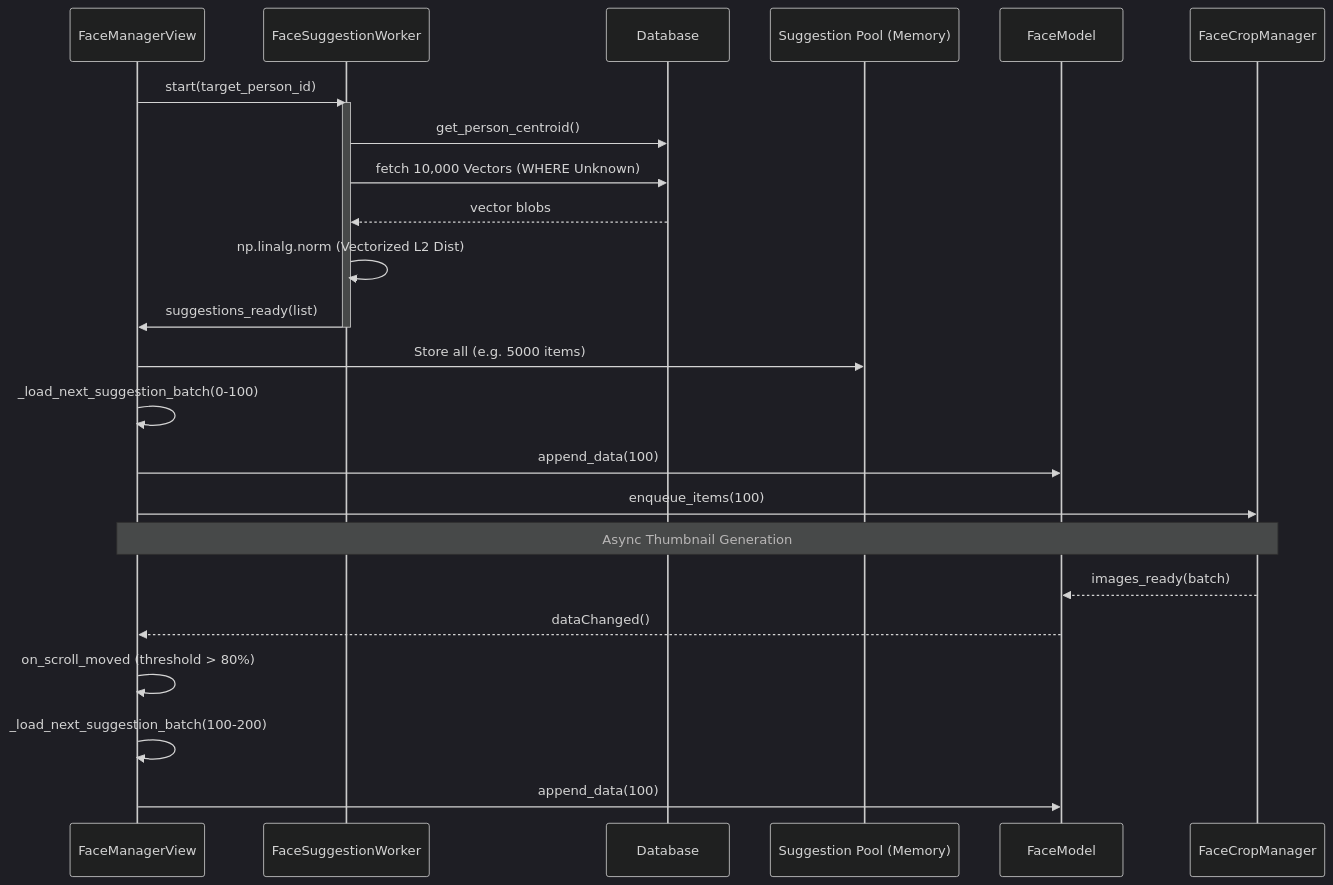
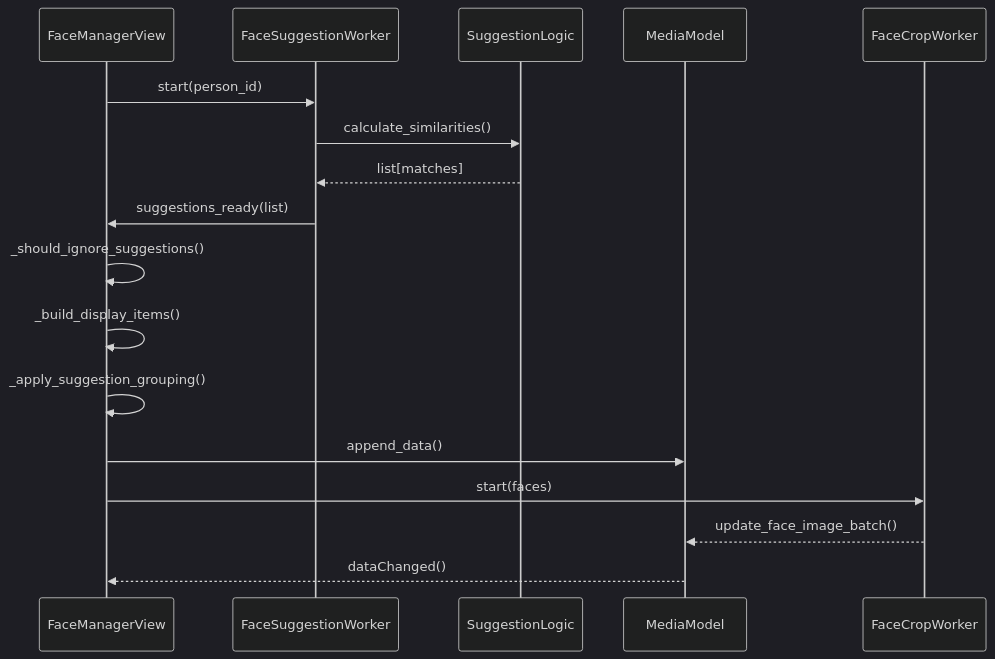
Before and after one commit to osakabe/PhotoArrange: the third of 3 diagrams in docs/design/sequence_diagram.md, drawn with Mermaid (dark theme). The commit also changed other lines of this file and 118 other files, not shown here.

Commit message:
Architectural refactoring, repository pattern implementation, and performance optimization (v4.5)

````diff
--- a/docs/design/sequence_diagram.md
+++ b/docs/design/sequence_diagram.md
@@ -27,32 +56,22 @@
 ```mermaid
 sequenceDiagram
-    participant UI as FaceManagerView
-    participant AI as FaceSuggestionWorker
-    participant DB as Database
-    participant Pool as Suggestion Pool (Memory)
-    participant Model as FaceModel
-    participant Render as FaceCropManager
+    participant V as FaceManagerView
+    participant W as FaceSuggestionWorker
+    participant Logic as SuggestionLogic
+    participant Model as MediaModel
+    participant Crop as FaceCropWorker
 
-    UI->>AI: start(target_person_id)
-    activate AI
-    AI->>DB: get_person_centroid()
-    AI->>DB: fetch 10,000 Vectors (WHERE Unknown)
-    DB-->>AI: vector blobs
+    V->>W: start(person_id)
+    W->>Logic: calculate_similarities()
+    Logic-->>W: list[matches]
+    W->>V: suggestions_ready(list)
     
-    AI->>AI: np.linalg.norm (Vectorized L2 Dist)
-    AI->>UI: suggestions_ready(list)
-    deactivate AI
-
-    UI->>Pool: Store all (e.g. 5000 items)
-    UI->>UI: _load_next_suggestion_batch(0-100)
-    UI->>Model: append_data(100)
-    UI->>Render: enqueue_items(100)
+    V->>V: _should_ignore_suggestions()
+    V->>V: _build_display_items()
+    V->>V: _apply_suggestion_grouping()
+    V->>Model: append_data()
+    V->>Crop: start(faces)
     
-    Note over UI, Render: Async Thumbnail Generation
-    Render-->>Model: images_ready(batch)
-    Model-->>UI: dataChanged()
-
-    UI->>UI: on_scroll_moved (threshold > 80%)
-    UI->>UI: _load_next_suggestion_batch(100-200)
-    UI->>Model: append_data(100)
+    Crop-->>Model: update_face_image_batch()
+    Model-->>V: dataChanged()
 ```
````
